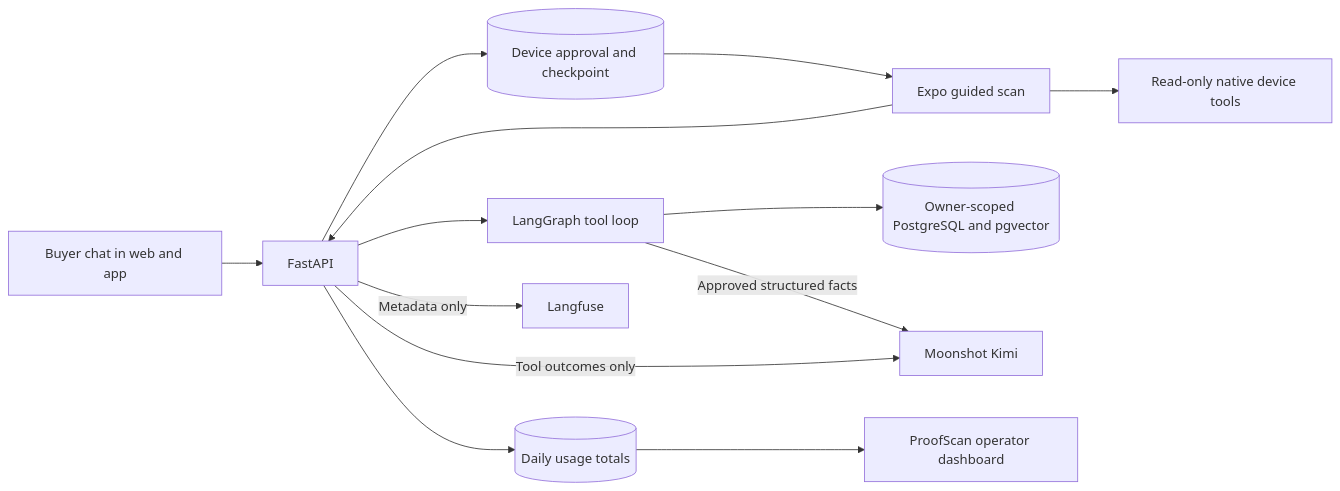
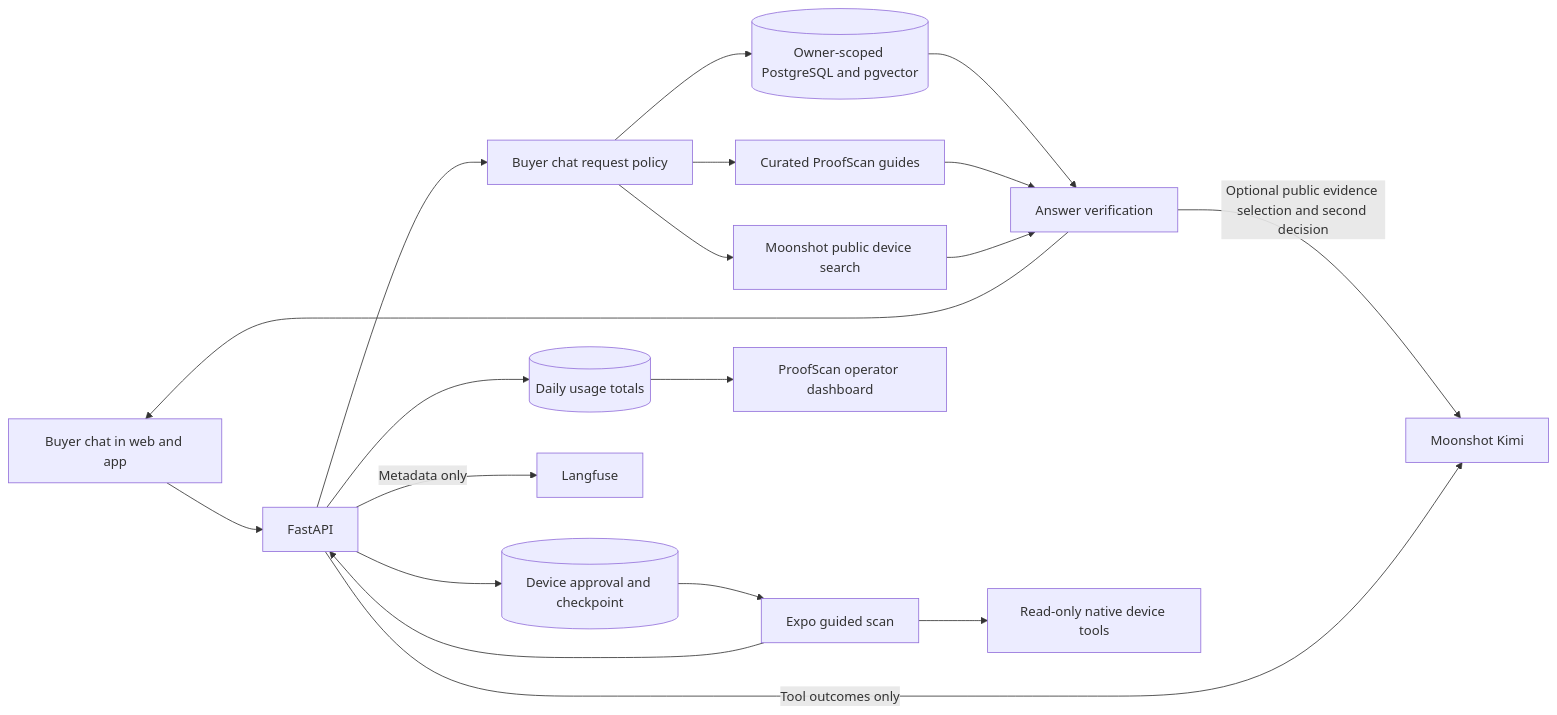
One commit to Ajay-v44/ProofScan changed the diagram in docs/architecture/agent.md. Above: the diagram before and after it, drawn with Mermaid. The commit also changed other lines of this file and 19 other files, not shown here.

First line of the commit message:
Expand Buyer Chat with public device research

````diff
--- a/docs/architecture/agent.md
+++ b/docs/architecture/agent.md
@@ -5,15 +5,21 @@
 ```mermaid
 flowchart LR
     Web[Buyer chat in web and app] --> API[FastAPI]
     Mobile[Expo guided scan] --> API
-    API --> Graph[LangGraph tool loop]
-    Graph --> Catalog[(Owner-scoped PostgreSQL and pgvector)]
+    API --> Router[Buyer chat request policy]
+    Router --> Catalog[(Owner-scoped PostgreSQL and pgvector)]
+    Router --> Guides[Curated ProofScan guides]
+    Router --> Search[Moonshot public device search]
+    Catalog --> Review[Answer verification]
+    Guides --> Review
+    Search --> Review
+    Review --> Web
     API --> Plan[(Device approval and checkpoint)]
     Plan --> Mobile
     Mobile --> Readers[Read-only native device tools]
-    Graph -->|Approved structured facts| Kimi[Moonshot Kimi]
+    Review -->|Optional public evidence selection and second decision| Kimi[Moonshot Kimi]
     API --> Usage[(Daily usage totals)]
     Usage --> Ops[ProofScan operator dashboard]
     API -->|Tool outcomes only| Kimi
     API -->|Metadata only| Langfuse[Langfuse]
 ```
````
